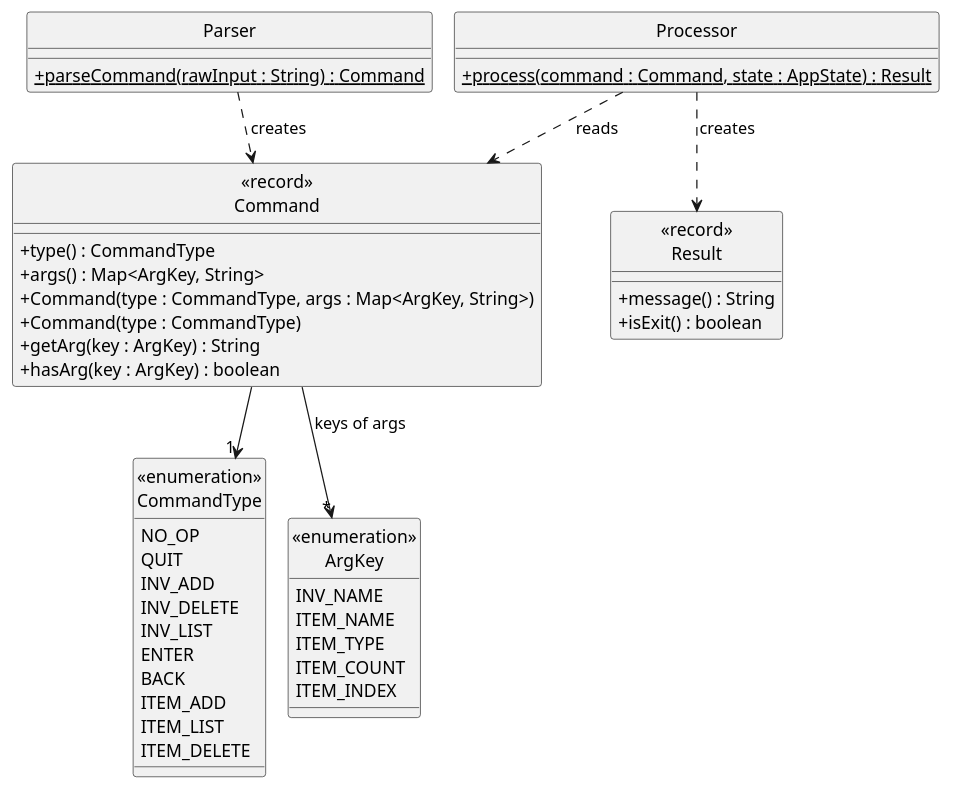
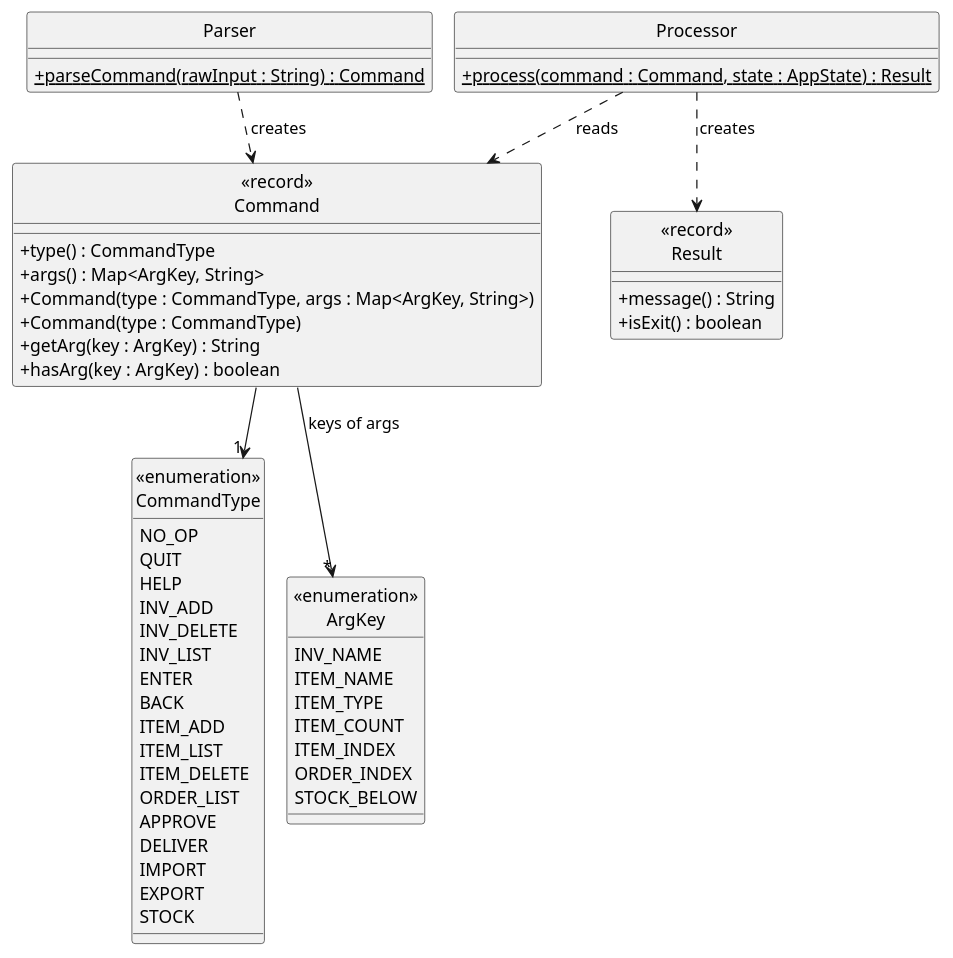
One commit to AY2627S1-CS2113-W14-4/tp changed the diagram in docs/diagrams/CommandClassDiagram.puml. Above: the diagram before and after it, drawn with PlantUML. The commit also changed 2 other files, not shown here.

Commit message:
Update Developer Guide parser list and class diagram

```diff
--- a/docs/diagrams/CommandClassDiagram.puml
+++ b/docs/diagrams/CommandClassDiagram.puml
@@ -1,54 +1,63 @@
 @startuml
 !pragma layout smetana
 hide circle
 skinparam classAttributeIconSize 0
 
 class "<<record>>\nCommand" as Command {
     + type() : CommandType
     + args() : Map<ArgKey, String>
     + Command(type : CommandType, args : Map<ArgKey, String>)
     + Command(type : CommandType)
     + getArg(key : ArgKey) : String
     + hasArg(key : ArgKey) : boolean
 }
 
 enum "<<enumeration>>\nCommandType" as CommandType {
     NO_OP
     QUIT
+    HELP
     INV_ADD
     INV_DELETE
     INV_LIST
     ENTER
     BACK
     ITEM_ADD
     ITEM_LIST
     ITEM_DELETE
+    ORDER_LIST
+    APPROVE
+    DELIVER
+    IMPORT
+    EXPORT
+    STOCK
 }
 
 enum "<<enumeration>>\nArgKey" as ArgKey {
     INV_NAME
     ITEM_NAME
     ITEM_TYPE
     ITEM_COUNT
     ITEM_INDEX
+    ORDER_INDEX
+    STOCK_BELOW
 }
 
 class "<<record>>\nResult" as Result {
     + message() : String
     + isExit() : boolean
 }
 
 class Parser {
     + {static} parseCommand(rawInput : String) : Command
 }
 
 class Processor {
     + {static} process(command : Command, state : AppState) : Result
 }
 
 Command --> "1" CommandType
 Command --> "*" ArgKey : keys of args
 Parser ..> Command : creates
 Processor ..> Command : reads
 Processor ..> Result : creates
 @enduml
```
